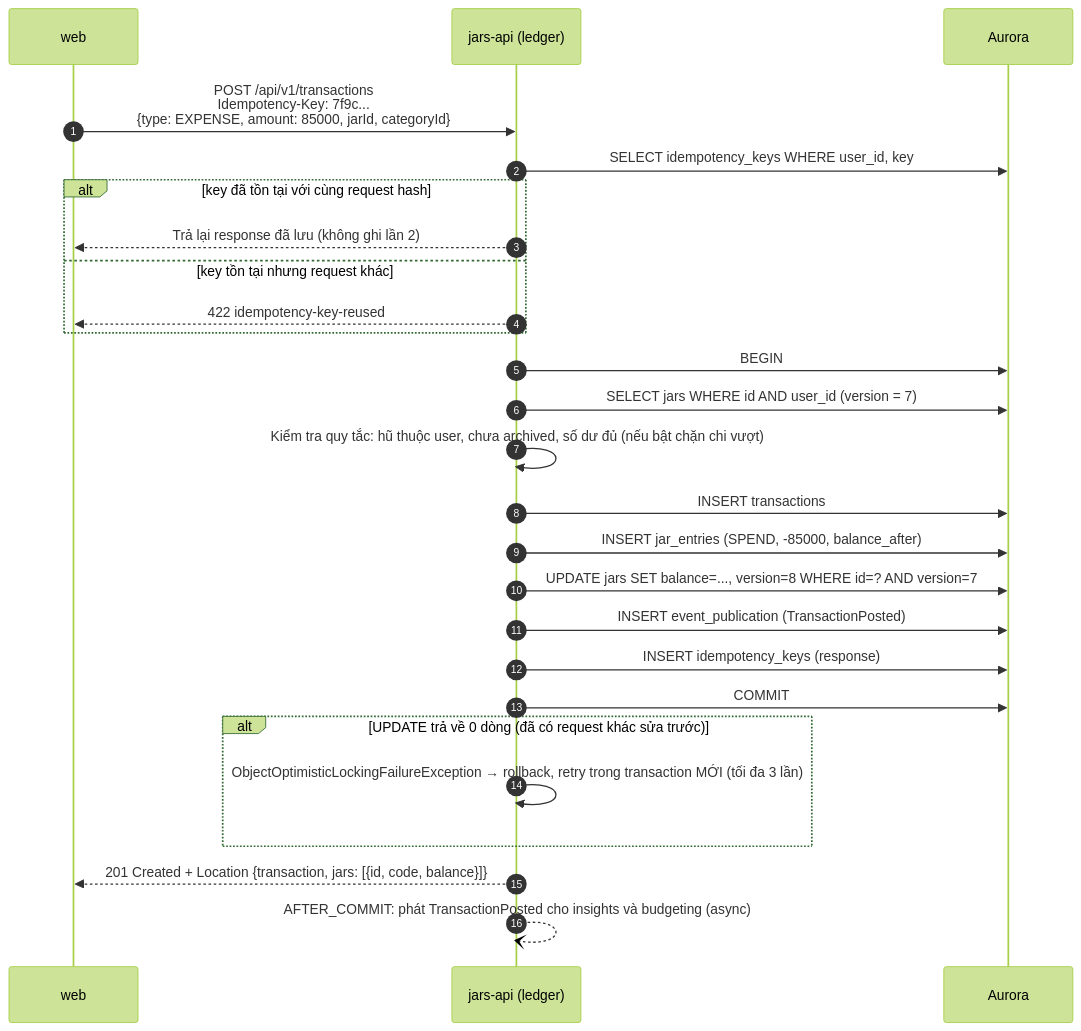
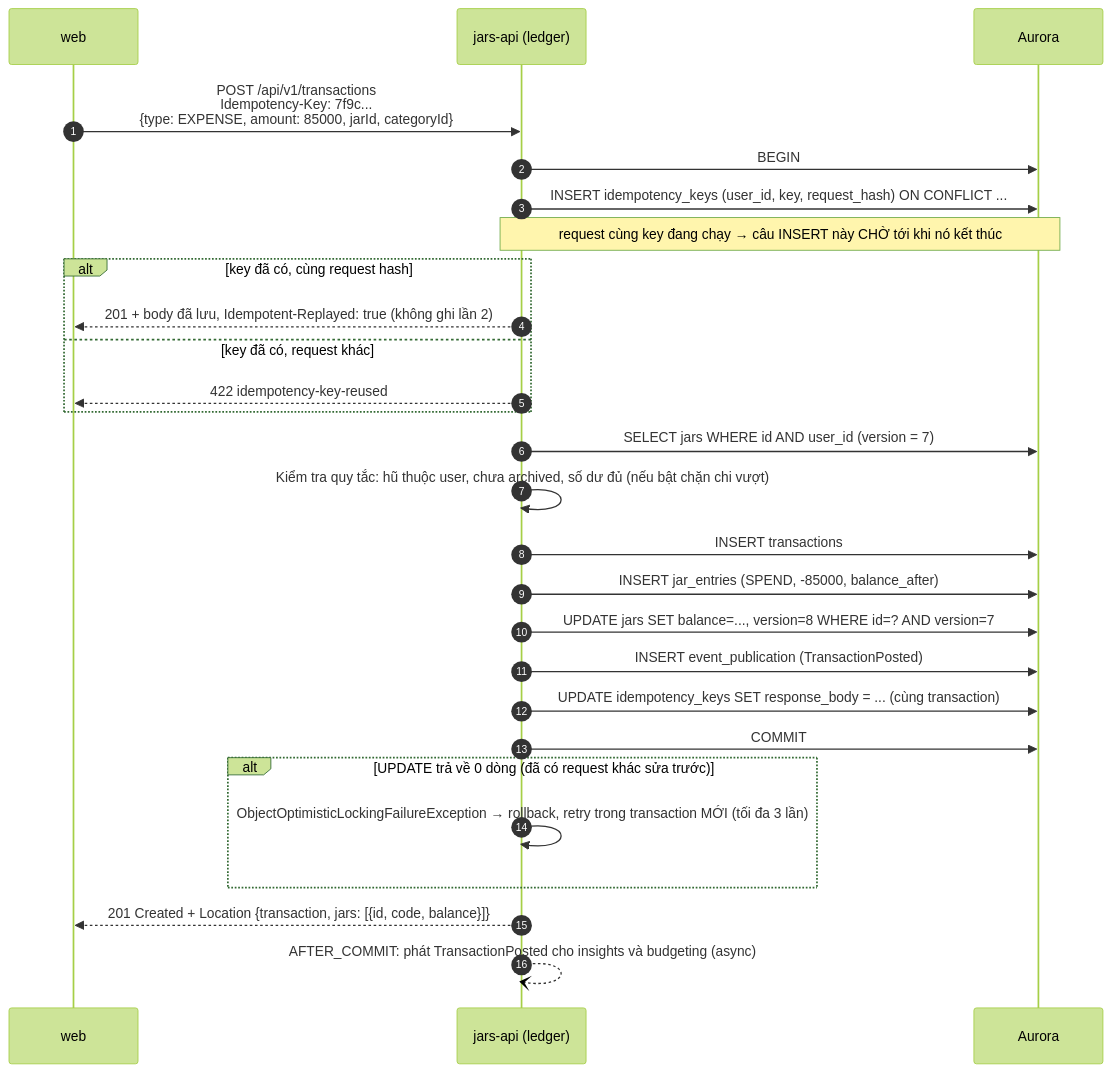
The second of 9 diagrams in docs/02-architecture/flows.md (thphuc06/jar-platform), drawn with Mermaid (forest theme) before and after one commit. The commit also changed other lines of this file and 12 other files, not shown here.

First line of the commit message:
feat(ledger): Idempotency-Key for money-moving POSTs, committed with the payment (P1.6)

````diff
--- a/docs/02-architecture/flows.md
+++ b/docs/02-architecture/flows.md
@@ -66,29 +66,30 @@
 ```mermaid
 sequenceDiagram
     autonumber
     participant W as web
     participant API as jars-api (ledger)
     participant DB as Aurora
 
     W->>API: POST /api/v1/transactions<br/>Idempotency-Key: 7f9c...<br/>{type: EXPENSE, amount: 85000, jarId, categoryId}
-    API->>DB: SELECT idempotency_keys WHERE user_id, key
-    alt key đã tồn tại với cùng request hash
-        API-->>W: Trả lại response đã lưu (không ghi lần 2)
-    else key tồn tại nhưng request khác
+    API->>DB: BEGIN
+    API->>DB: INSERT idempotency_keys (user_id, key, request_hash) ON CONFLICT ...
+    Note over API,DB: request cùng key đang chạy → câu INSERT này CHỜ tới khi nó kết thúc
+    alt key đã có, cùng request hash
+        API-->>W: 201 + body đã lưu, Idempotent-Replayed: true (không ghi lần 2)
+    else key đã có, request khác
         API-->>W: 422 idempotency-key-reused
     end
-    API->>DB: BEGIN
     API->>DB: SELECT jars WHERE id AND user_id (version = 7)
     API->>API: Kiểm tra quy tắc: hũ thuộc user, chưa archived, số dư đủ (nếu bật chặn chi vượt)
     API->>DB: INSERT transactions
     API->>DB: INSERT jar_entries (SPEND, -85000, balance_after)
     API->>DB: UPDATE jars SET balance=..., version=8 WHERE id=? AND version=7
     API->>DB: INSERT event_publication (TransactionPosted)
-    API->>DB: INSERT idempotency_keys (response)
+    API->>DB: UPDATE idempotency_keys SET response_body = ... (cùng transaction)
     API->>DB: COMMIT
     alt UPDATE trả về 0 dòng (đã có request khác sửa trước)
         API->>API: ObjectOptimisticLockingFailureException → rollback, retry trong transaction MỚI (tối đa 3 lần)
     end
     API-->>W: 201 Created + Location {transaction, jars: [{id, code, balance}]}
     API--)API: AFTER_COMMIT: phát TransactionPosted cho insights và budgeting (async)
 ```
````
